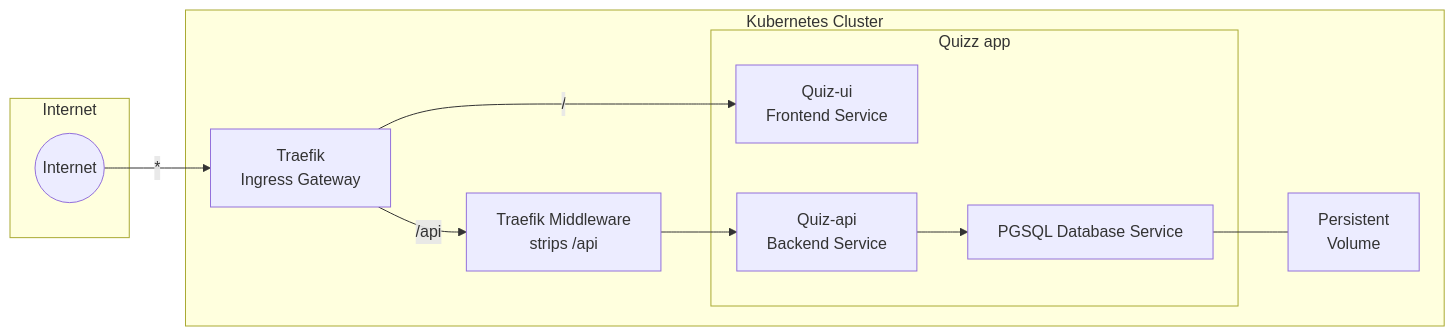
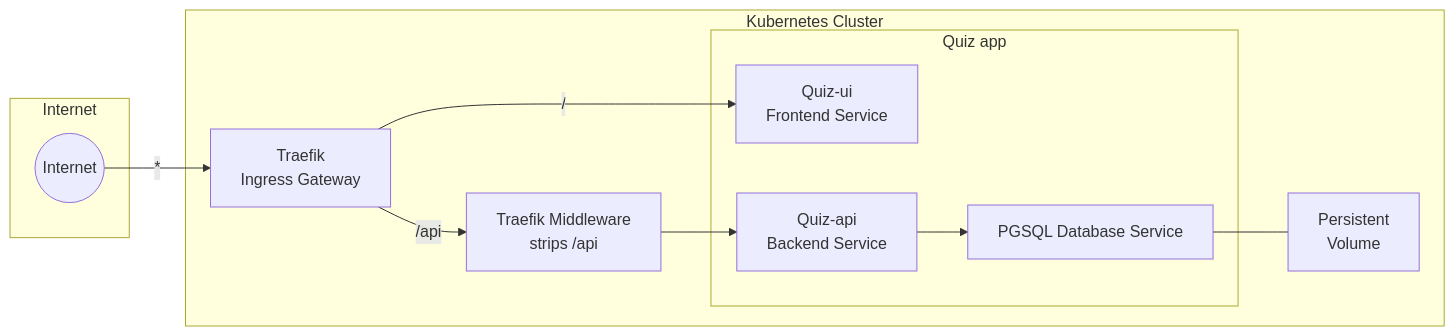
One commit to Adham-A/virtualisation changed the diagram in README.md. Above: the diagram before and after it, drawn with Mermaid. The commit also changed other lines of this file and 1 other file, not shown here.

````diff
--- a/README.md
+++ b/README.md
@@ -7,19 +12,19 @@
 ```mermaid
 graph LR;
     subgraph "Internet"
         internet((Internet))
     end
     subgraph "Kubernetes Cluster"
         ingressGateway[Traefik \n Ingress Gateway] -->|/| frontend[Quiz-ui \n Frontend Service]
         ingressGateway -->|/api| middleware_strip_api[Traefik Middleware \n strips /api]
         middleware_strip_api --> backend[Quiz-api \nBackend Service]
         backend --> database[PGSQL \n Database Service]
         database[PGSQL Database Service] --- persistentVolume[Persistent \n Volume]
-        subgraph "Quizz app"
+        subgraph "Quiz app"
             frontend
             backend
             database
         end
     end
     internet -->|*| ingressGateway
 ```
````
